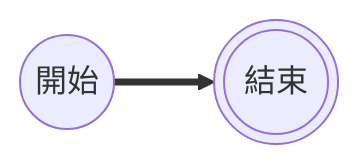
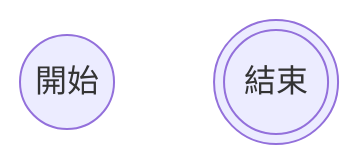
One commit to kuku0508/kuku_note_ver_2 changed the second of 2 diagrams in 知識/程式語言/Mermaid/語法/流程圖/連結目錄/隱形連結.md. Above: the diagram before and after it, drawn with Mermaid. The commit also changed other lines of this file and 2 other files, not shown here.

````diff
--- a/知識/程式語言/Mermaid/語法/流程圖/連結目錄/隱形連結.md
+++ b/知識/程式語言/Mermaid/語法/流程圖/連結目錄/隱形連結.md
@@ -8,6 +8,6 @@
 ```mermaid
 flowchart LR
 A@{shape: circle, label: "開始"}
 B@{shape: dbl-circ, label: "結束"}
-A ==>B
+A ~~~ B
 ```
````
